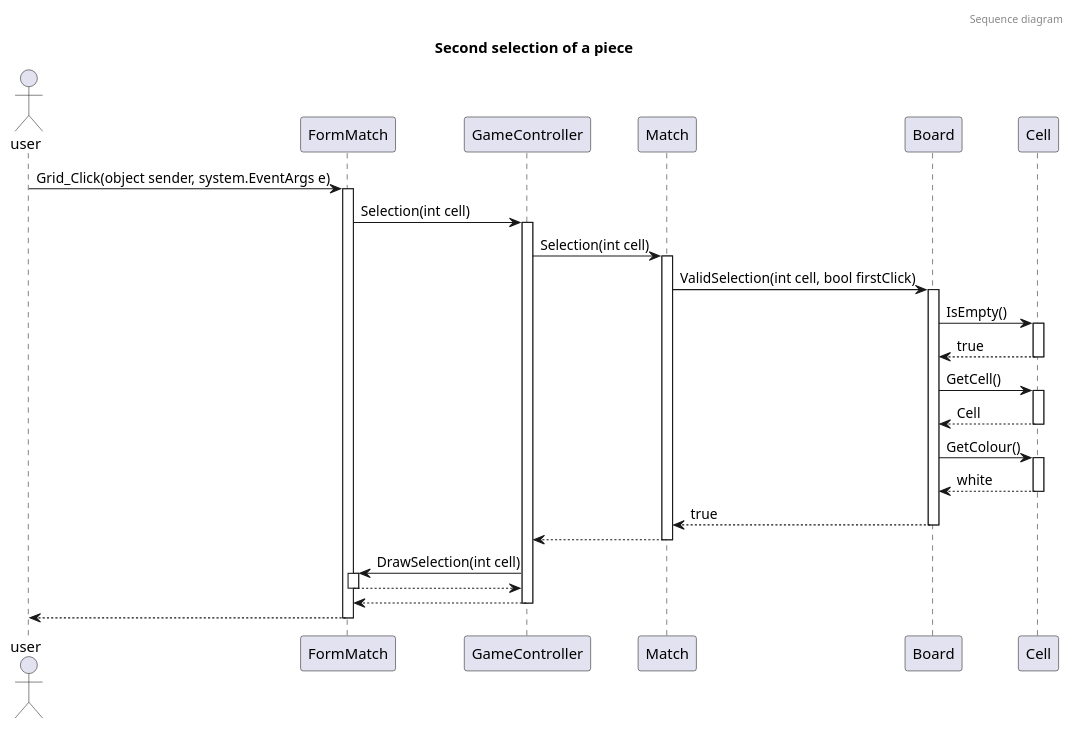
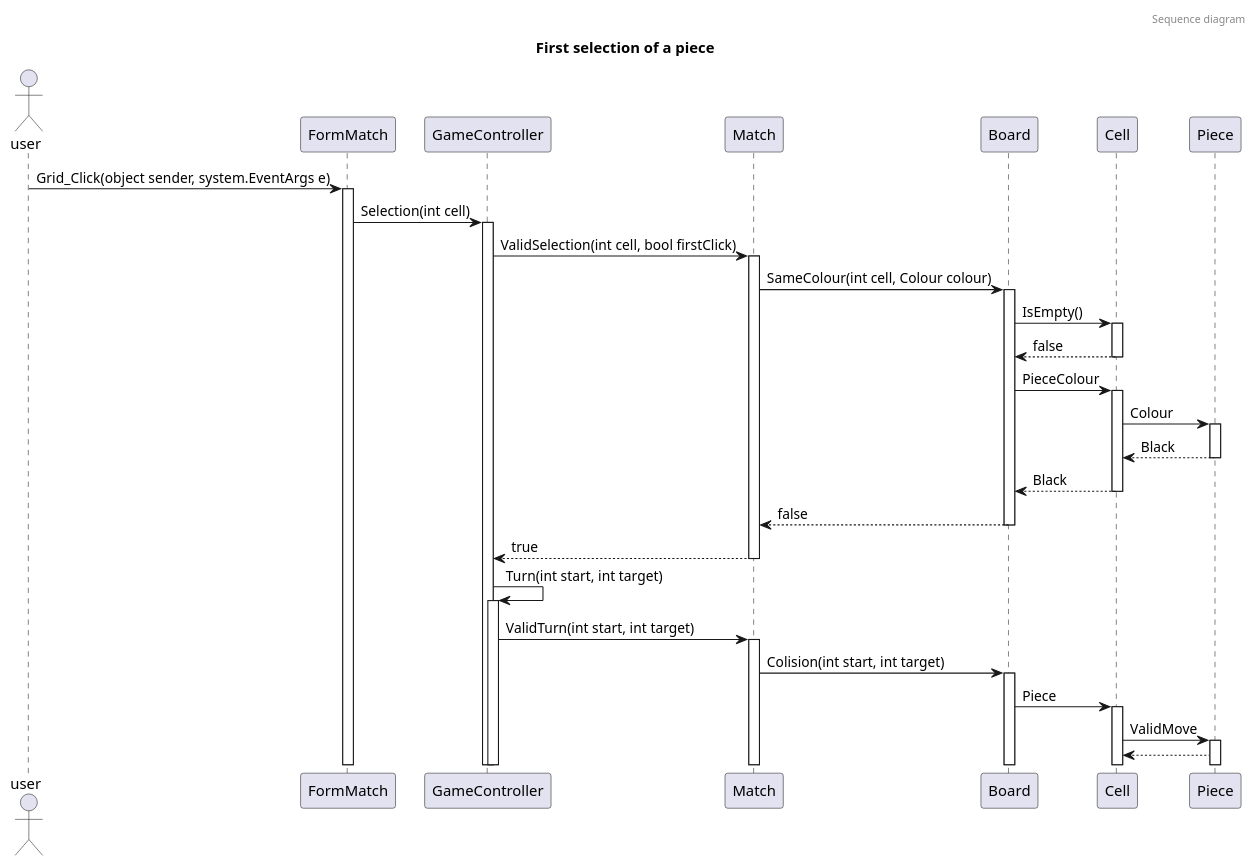
The diagram in Diagrams/Sequences/SecondClick.puml (darkhappy/chess), drawn with PlantUML before and after one commit.

Commit message:
Adding the first sequence to the second

```diff
--- a/Diagrams/Sequences/SecondClick.puml
+++ b/Diagrams/Sequences/SecondClick.puml
@@ -1,32 +1,44 @@
-@startuml second_sequence
+@startuml first_sequence
 
 header Sequence diagram
 
 title Second selection of a piece 
 
 actor user
 
+header Sequence diagram
+
+title First selection of a piece 
+
+actor user
+
 user -> FormMatch ++ : Grid_Click(object sender, system.EventArgs e)
 FormMatch -> GameController ++ : Selection(int cell)
 
-GameController -> Match ++: Selection(int cell)
-
-Match -> Board ++: ValidSelection(int cell, bool firstClick)
-
-Board -> Cell ++: IsEmpty()
-return true
-Board -> Cell ++: GetCell()
-return Cell
-Board -> Cell ++: GetColour()
-return white
-
-return true
-return
-
-GameController -> FormMatch ++: DrawSelection(int cell) 
-return
-return
-return
+GameController -> Match ++: ValidSelection(int cell, bool firstClick)
 
 
+Match -> Board ++: SameColour(int cell, Colour colour)
+Board -> Cell ++: IsEmpty()
+return false
+
+Board -> Cell ++: PieceColour
+Cell -> Piece ++: Colour
+return Black
+return Black
+return false
+return true
+
+
+
+GameController -> GameController ++: Turn(int start, int target)
+GameController -> Match ++: ValidTurn(int start, int target)
+
+Match -> Board ++: Colision(int start, int target)
+
+Board -> Cell ++: Piece
+
+Cell -> Piece ++: ValidMove
+Cell <-- Piece: 
+
 @enduml
```
